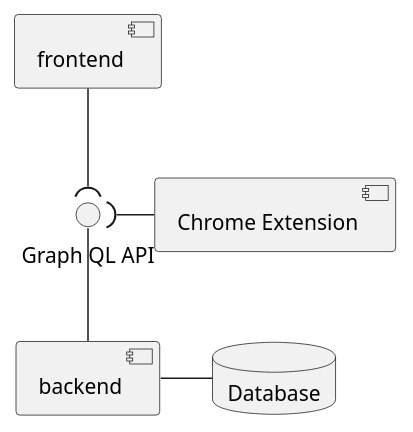
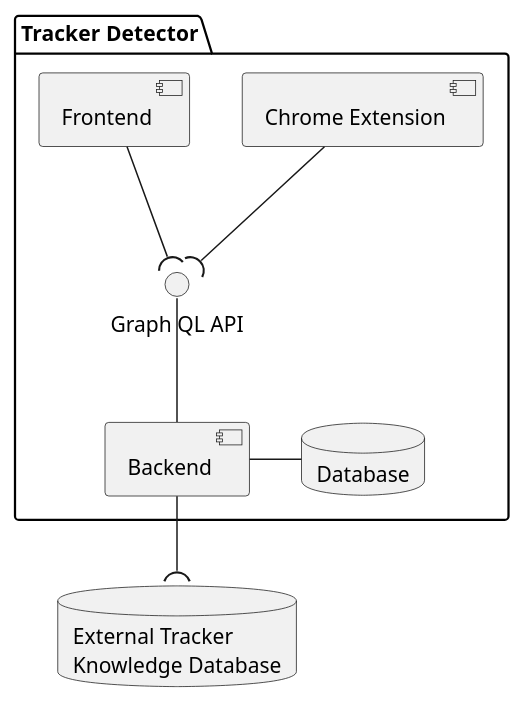
Before and after one commit to pierremellet/TrackerDetector: the diagram in docs/architecture.puml, drawn with PlantUML. The commit also changed 2 other files, not shown here.

```diff
--- a/docs/architecture.puml
+++ b/docs/architecture.puml
@@ -1,9 +1,17 @@
 @startuml
-interface gql as "Graph QL API"
-database db as "Database"
+package "Tracker Detector" {
+    interface gql as "Graph QL API" 
+    database db as "Database"
+    component chrome_ext as "Chrome Extension"
+    component frontend as "Frontend"
+    component backend as "Backend"
+}
+
+database cookie_ref as "External Tracker\nKnowledge Database"
 
 [backend] -up- gql
-[frontend] -down-( gql
-[Chrome Extension] -left-( gql
+[frontend] --( gql
+[chrome_ext] --( gql
 [backend] - db
+[backend] --( cookie_ref
 @enduml
```
